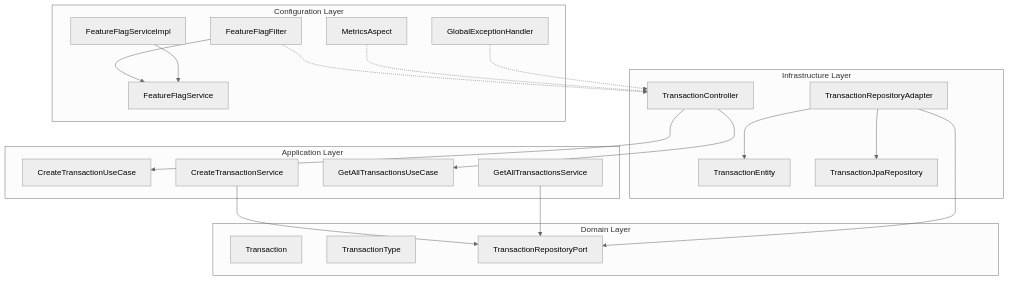
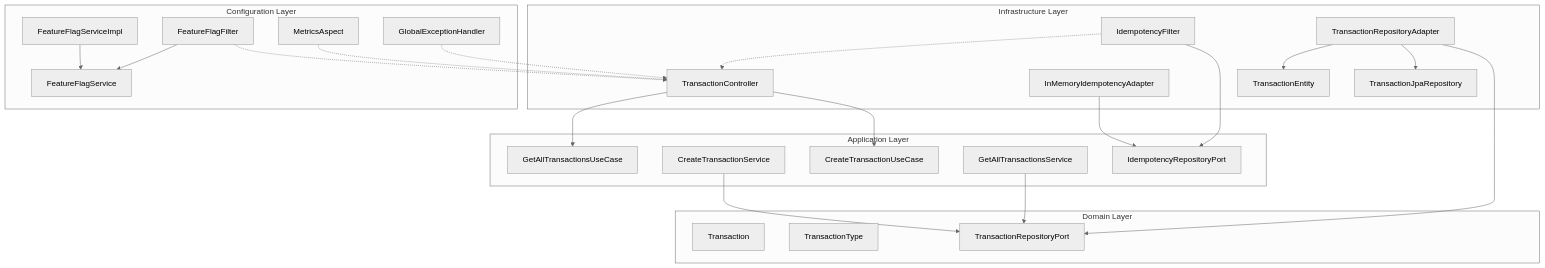
The diagram in docs/diagrams/logical-view.mmd (noyqdave/accounting-ledger-service), drawn with Mermaid (neutral theme) before and after one commit. The commit also changed 7 other files, not shown here.

First line of the commit message:
Update documentation and diagrams for idempotency feature

```diff
--- a/docs/diagrams/logical-view.mmd
+++ b/docs/diagrams/logical-view.mmd
@@ -1,44 +1,50 @@
 graph TB
     subgraph "Domain Layer"
         T[Transaction]
         TT[TransactionType]
         TRP[TransactionRepositoryPort]
     end
     
     subgraph "Application Layer"
         CTU[CreateTransactionUseCase]
         CTS[CreateTransactionService]
         GTU[GetAllTransactionsUseCase]
         GTS[GetAllTransactionsService]
+        IRP[IdempotencyRepositoryPort]
     end
     
     subgraph "Infrastructure Layer"
         TC[TransactionController]
+        IF[IdempotencyFilter]
         TRA[TransactionRepositoryAdapter]
+        IMA[InMemoryIdempotencyAdapter]
         TE[TransactionEntity]
         TJR[TransactionJpaRepository]
     end
     
     subgraph "Configuration Layer"
         FFS[FeatureFlagService]
         FFSI[FeatureFlagServiceImpl]
         FFF[FeatureFlagFilter]
         MA[MetricsAspect]
         GEH[GlobalExceptionHandler]
     end
     
     %% Dependencies
     CTS --> TRP
     GTS --> TRP
     TC --> CTU
     TC --> GTU
     TRA --> TRP
     TRA --> TJR
     TRA --> TE
+    IMA --> IRP
     
     %% Cross-cutting concerns
     FFF -.-> TC
     FFF --> FFS
     FFSI --> FFS
+    IF --> IRP
+    IF -.-> TC
     MA -.-> TC
     GEH -.-> TC
```
